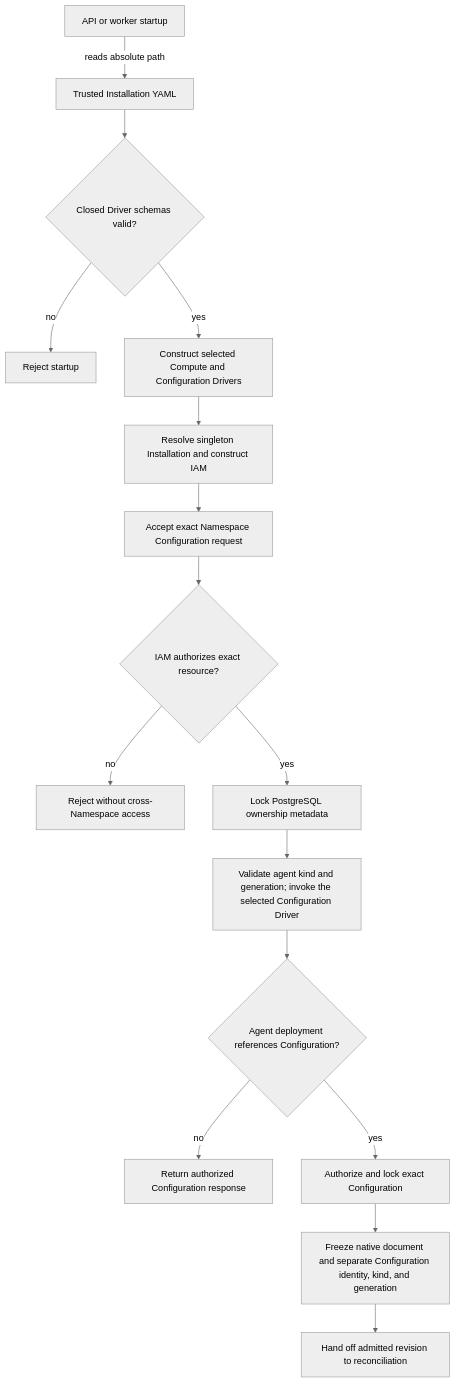
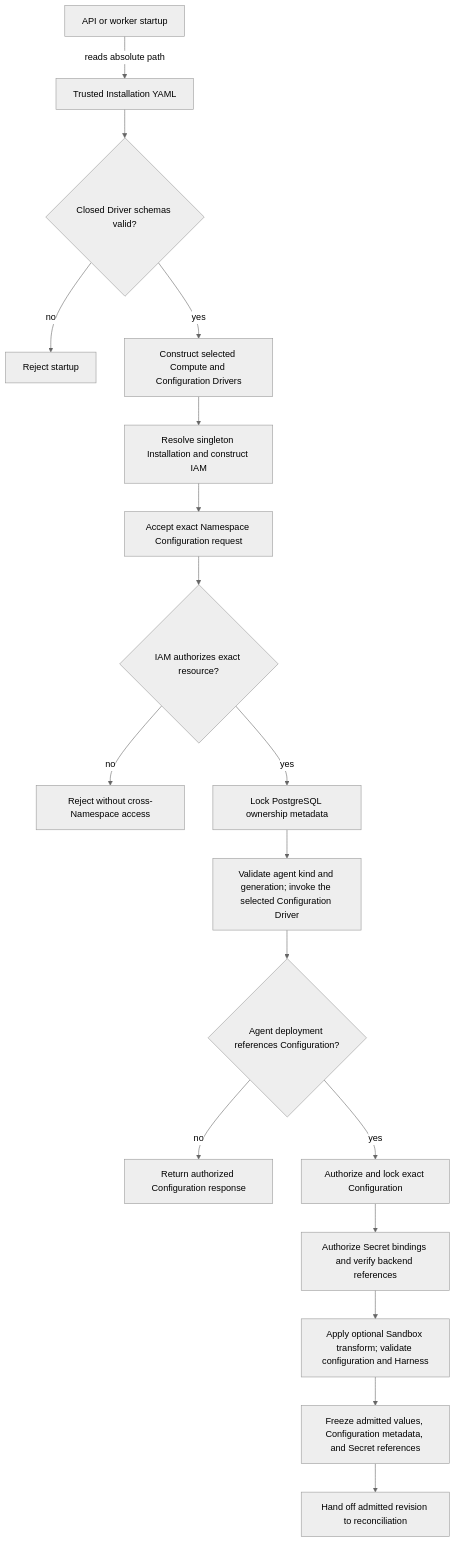
One commit to IsaiahStapleton/openclaw-enterprise changed the diagram in docs/flows/configuration-driver.md. Above: the diagram before and after it, drawn with Mermaid (neutral theme). The commit also changed other lines of this file and 23 other files, not shown here.

Commit message:
docs: consolidate and correct runtime flow documentation

````diff
--- a/docs/flows/configuration-driver.md
+++ b/docs/flows/configuration-driver.md
@@ -46,18 +47,20 @@
 ```mermaid
 graph TD
   A["API or worker startup"] -->|reads absolute path| B["Trusted Installation YAML"]
   B --> C{"Closed Driver schemas valid?"}
   C -->|no| X["Reject startup"]
   C -->|yes| D["Construct selected Compute and Configuration Drivers"]
   D --> E["Resolve singleton Installation and construct IAM"]
   E --> G["Accept exact Namespace Configuration request"]
   G --> H{"IAM authorizes exact resource?"}
   H -->|no| Y["Reject without cross-Namespace access"]
   H -->|yes| I["Lock PostgreSQL ownership metadata"]
   I --> J["Validate agent kind and generation; invoke the selected Configuration Driver"]
   J --> K{"Agent deployment references Configuration?"}
   K -->|no| L["Return authorized Configuration response"]
   K -->|yes| M["Authorize and lock exact Configuration"]
-  M --> N["Freeze native document and separate Configuration identity, kind, and generation"]
+  M --> P["Authorize Secret bindings and verify backend references"]
+  P --> Q["Apply optional Sandbox transform; validate configuration and Harness"]
+  Q --> N["Freeze admitted values, Configuration metadata, and Secret references"]
   N --> O["Hand off admitted revision to reconciliation"]
 ```
````
